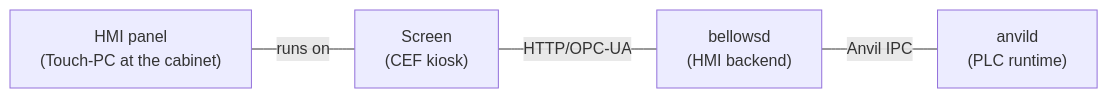
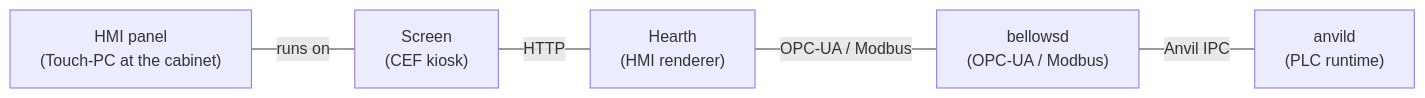
The diagram in content/en/plattform/screen.md (Beerlesklopfer/forgeiec-website), drawn with Mermaid before and after one commit. The commit also changed other lines of this file and 3 other files, not shown here.

First line of the commit message:
fix(plattform): Korrekte HMI-Renderer-Topologie — Hearth rendert, Screen zeigt nur an

````diff
--- a/content/en/plattform/screen.md
+++ b/content/en/plattform/screen.md
@@ -41,11 +42,13 @@
 ```mermaid
 flowchart LR
     Panel["HMI panel<br/>(Touch-PC at the cabinet)"]
     Screen["Screen<br/>(CEF kiosk)"]
-    Bellows["bellowsd<br/>(HMI backend)"]
+    Hearth["Hearth<br/>(HMI renderer)"]
+    Bellows["bellowsd<br/>(OPC-UA / Modbus)"]
     Anvild["anvild<br/>(PLC runtime)"]
 
     Panel ---|"runs on"| Screen
-    Screen ---|"HTTP/OPC-UA"| Bellows
+    Screen ---|"HTTP"| Hearth
+    Hearth ---|"OPC-UA / Modbus"| Bellows
     Bellows ---|"Anvil IPC"| Anvild
 ```
````
